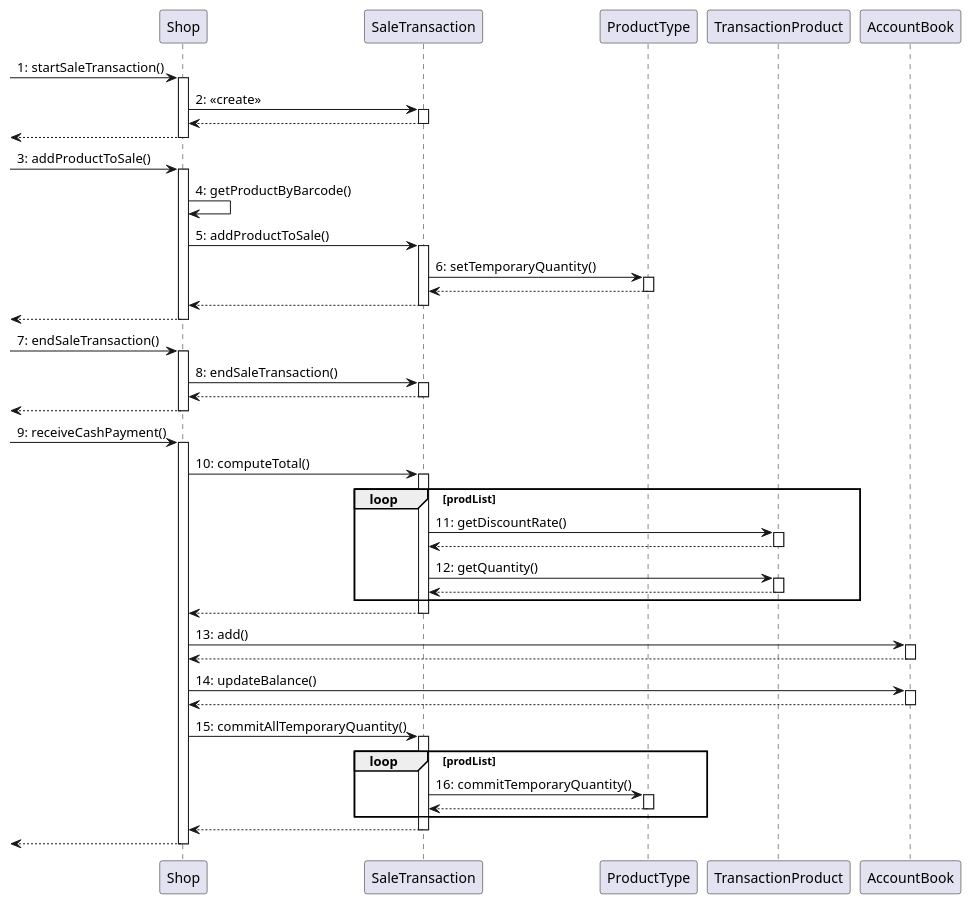
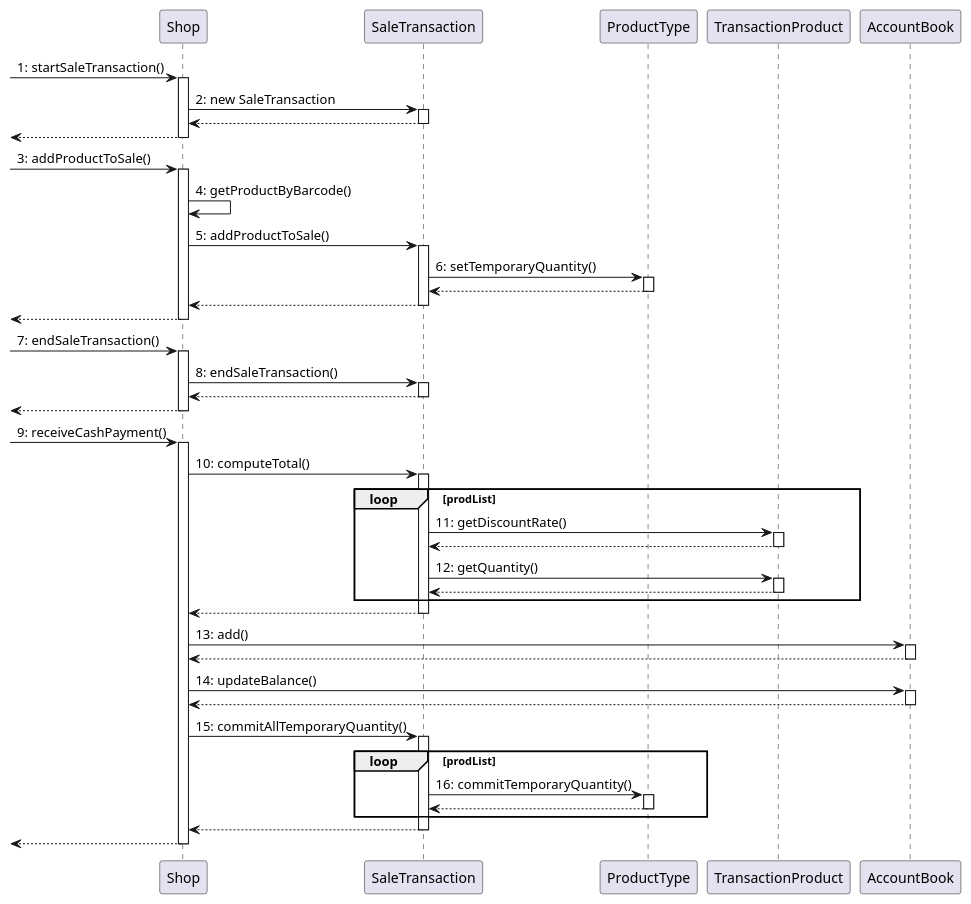
Diagram 11 of 13 in Deliverables/DesignDocument.md (MatteoBattilana/EzShop), drawn with PlantUML before and after one commit. The commit also changed other lines of this file, not shown here.

Commit message:
docs: changed <<create>> to new

````diff
--- a/Deliverables/DesignDocument.md
+++ b/Deliverables/DesignDocument.md
@@ -441,63 +441,63 @@
 ```plantuml
 @startuml
   ->Shop: 1: startSaleTransaction()
   activate Shop
-    Shop -> SaleTransaction: 2: <<create>>
+    Shop -> SaleTransaction: 2: new SaleTransaction
     activate SaleTransaction
     return
   return
 
   ->Shop: 3: addProductToSale()
   activate Shop
     Shop -> Shop: 4: getProductByBarcode()
     Shop -> SaleTransaction: 5: addProductToSale()
     activate SaleTransaction
       SaleTransaction -> ProductType: 6: setTemporaryQuantity()
       activate ProductType
       return
     return
 return
 
 -> Shop: 7: endSaleTransaction()
 activate Shop
   Shop -> SaleTransaction: 8: endSaleTransaction()
   activate SaleTransaction
   return
 return
 
 -> Shop: 9: receiveCashPayment()
 activate Shop
   Shop -> SaleTransaction: 10: computeTotal()
   activate SaleTransaction
       loop prodList
           SaleTransaction -> TransactionProduct: 11: getDiscountRate()
           activate TransactionProduct
           return
           SaleTransaction -> TransactionProduct: 12: getQuantity()
           activate TransactionProduct
           return
       end
   return
   Shop -> AccountBook: 13: add()
   activate AccountBook
   return
 
 
 Shop -> AccountBook: 14: updateBalance()
 activate AccountBook
 return
 
   Shop -> SaleTransaction: 15: commitAllTemporaryQuantity()
   activate SaleTransaction
 
     loop prodList
     SaleTransaction -> ProductType: 16: commitTemporaryQuantity()
     activate ProductType
     return
 
     end
   return
 
 return
 @enduml
 ```
````
